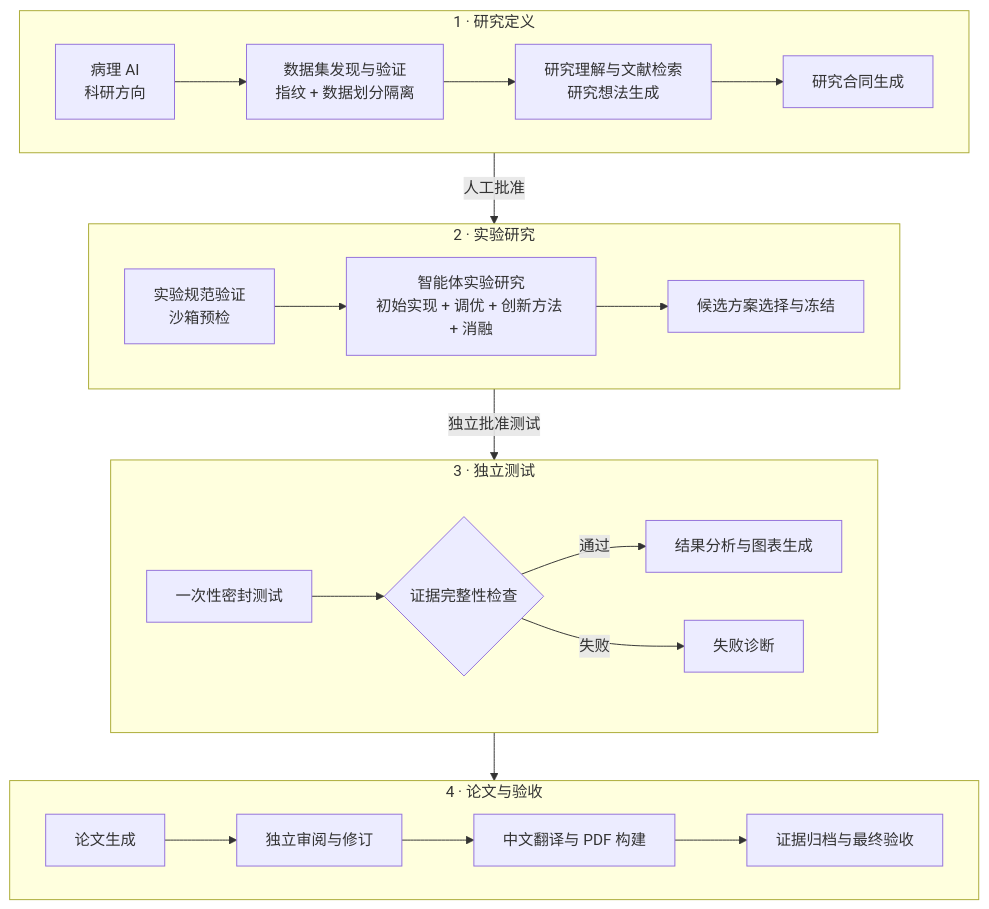
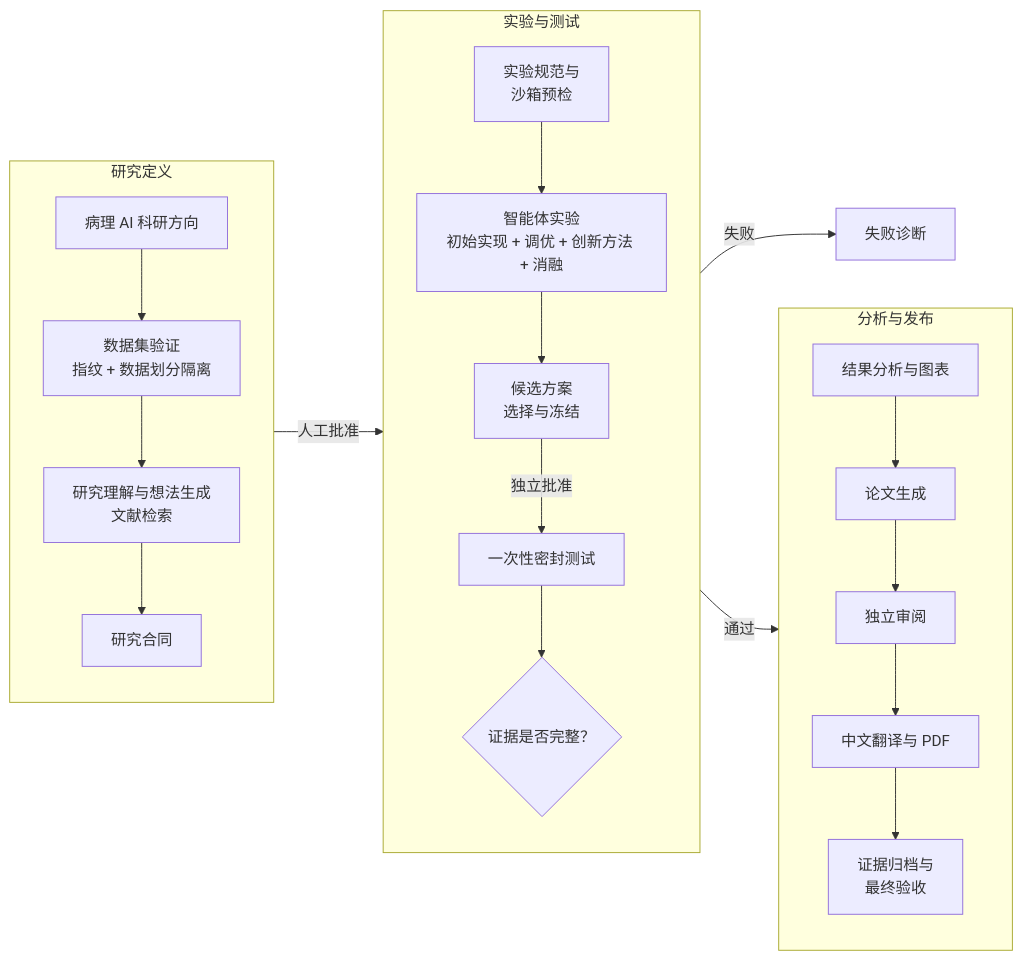
Before and after one commit to fearless239/pathology-ai-scientist: the diagram in README.zh-CN.md, drawn with Mermaid. The commit also changed 1 other file, not shown here.

Commit message:
docs: compact research workflow diagram

````diff
--- a/README.zh-CN.md
+++ b/README.zh-CN.md
@@ -186,33 +186,29 @@
 ```mermaid
-flowchart TB
-  subgraph PHASE1["1 · 研究定义"]
-    direction LR
-    Q[病理 AI<br/>科研方向] --> D[数据集发现与验证<br/>指纹 + 数据划分隔离]
-    D --> R[研究理解与文献检索<br/>研究想法生成]
-    R --> C[研究合同生成]
+flowchart LR
+  subgraph DEFINE["研究定义"]
+    direction TB
+    Q[病理 AI 科研方向] --> D[数据集验证<br/>指纹 + 数据划分隔离]
+    D --> R[研究理解与想法生成<br/>文献检索]
+    R --> C[研究合同]
   end
 
-  subgraph PHASE2["2 · 实验研究"]
-    direction LR
-    P[实验规范验证<br/>沙箱预检] --> E[智能体实验研究<br/>初始实现 + 调优 + 创新方法 + 消融]
-    E --> S[候选方案选择与冻结]
+  subgraph TEST["实验与测试"]
+    direction TB
+    P[实验规范与<br/>沙箱预检] --> E[智能体实验<br/>初始实现 + 调优 + 创新方法 + 消融]
+    E --> S[候选方案<br/>选择与冻结]
+    S -->|独立批准| T[一次性密封测试]
+    T --> I{证据是否完整？}
   end
 
-  subgraph PHASE3["3 · 独立测试"]
-    direction LR
-    T[一次性密封测试] --> I{证据完整性检查}
-    I -->|通过| A[结果分析与图表生成]
-    I -->|失败| X[失败诊断]
-  end
-
-  subgraph PHASE4["4 · 论文与验收"]
-    direction LR
-    W[论文生成] --> V[独立审阅与修订]
-    V --> L[中文翻译与 PDF 构建]
-    L --> Z[证据归档与最终验收]
+  subgraph PUBLISH["分析与发布"]
+    direction TB
+    A[结果分析与图表] --> W[论文生成]
+    W --> V[独立审阅]
+    V --> L[中文翻译与 PDF]
+    L --> Z[证据归档与<br/>最终验收]
   end
 
   C -->|人工批准| P
-  S -->|独立批准测试| T
-  A --> W
+  I -->|通过| A
+  I -->|失败| X[失败诊断]
 ```
````
